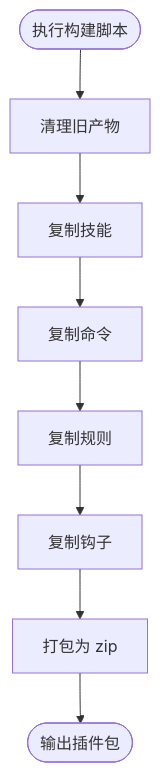
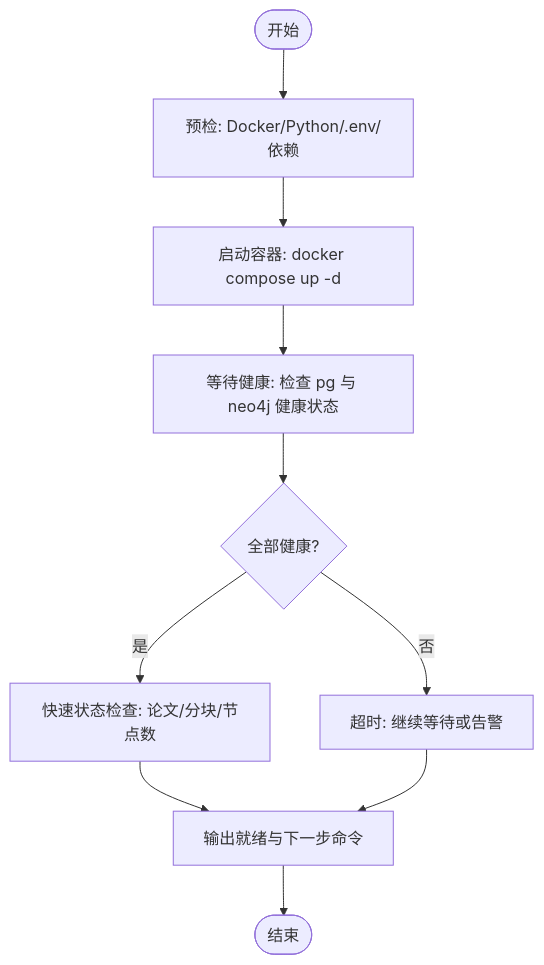
Before and after one commit to 1173591564/academic-based-qoder: the sixth of 7 diagrams in .qoder/repowiki/zh/content/部署与运维/部署与运维.md, drawn with Mermaid. The commit also changed other lines of this file and 221 other files, not shown here.

````diff
--- a/.qoder/repowiki/zh/content/部署与运维/部署与运维.md
+++ b/.qoder/repowiki/zh/content/部署与运维/部署与运维.md
@@ -235,10 +379,12 @@
 ```mermaid
 flowchart TD
-Start(["执行构建脚本"]) --> Clean["清理旧产物"]
-Clean --> CopySkills["复制技能"]
-CopySkills --> CopyCmds["复制命令"]
-CopyCmds --> CopyRules["复制规则"]
-CopyRules --> CopyHooks["复制钩子"]
-CopyHooks --> Package["打包为 zip"]
-Package --> End(["输出插件包"])
+Start(["开始"]) --> Preflight["预检: Docker/Python/.env/依赖"]
+Preflight --> Up["启动容器: docker compose up -d"]
+Up --> WaitHealthy["等待健康: 检查 pg 与 neo4j 健康状态"]
+WaitHealthy --> Healthy{"全部健康?"}
+Healthy --> |是| Status["快速状态检查: 论文/分块/节点数"]
+Healthy --> |否| Timeout["超时: 继续等待或告警"]
+Status --> Ready["输出就绪与下一步命令"]
+Timeout --> Ready
+Ready --> End(["结束"])
 ```
````
